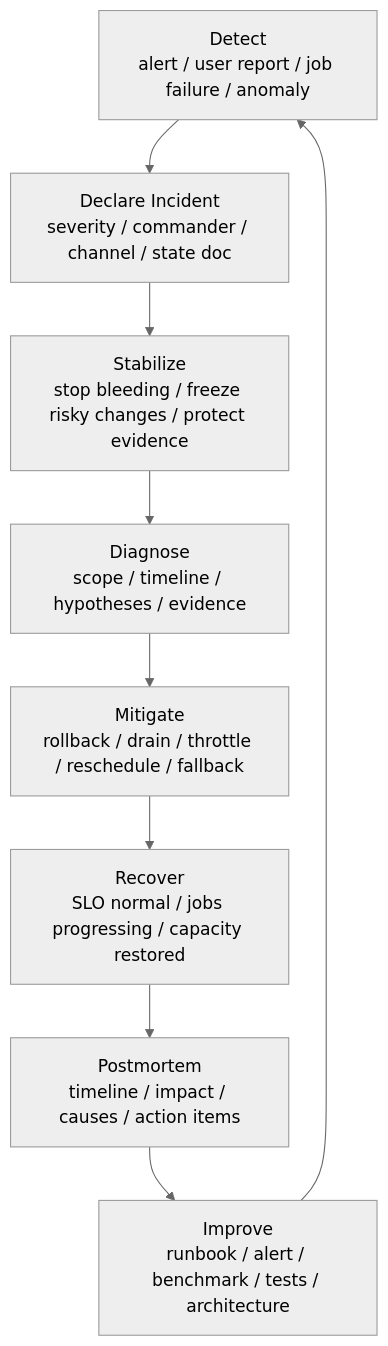
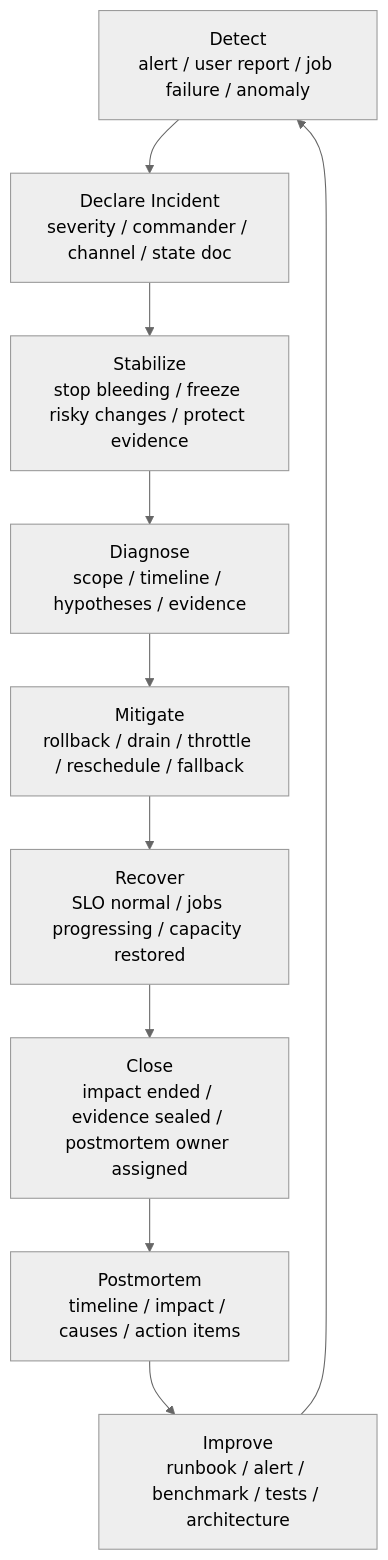
One commit to AmourSec/aikg changed the diagram in docs/09-reliability-observability/incident-response-runbook-postmortem.md. Above: the diagram before and after it, drawn with Mermaid (neutral theme). The commit also changed 25 other files, not shown here.

````diff
--- a/docs/09-reliability-observability/incident-response-runbook-postmortem.md
+++ b/docs/09-reliability-observability/incident-response-runbook-postmortem.md
@@ -43,20 +43,22 @@
 ```mermaid
 flowchart TB
     Detect["Detect<br/>alert / user report / job failure / anomaly"]
     Declare["Declare Incident<br/>severity / commander / channel / state doc"]
     Stabilize["Stabilize<br/>stop bleeding / freeze risky changes / protect evidence"]
     Diagnose["Diagnose<br/>scope / timeline / hypotheses / evidence"]
     Mitigate["Mitigate<br/>rollback / drain / throttle / reschedule / fallback"]
     Recover["Recover<br/>SLO normal / jobs progressing / capacity restored"]
+    Close["Close<br/>impact ended / evidence sealed / postmortem owner assigned"]
     Review["Postmortem<br/>timeline / impact / causes / action items"]
     Improve["Improve<br/>runbook / alert / benchmark / tests / architecture"]
 
     Detect --> Declare
     Declare --> Stabilize
     Stabilize --> Diagnose
     Diagnose --> Mitigate
     Mitigate --> Recover
-    Recover --> Review
+    Recover --> Close
+    Close --> Review
     Review --> Improve
     Improve --> Detect
 ```
````
